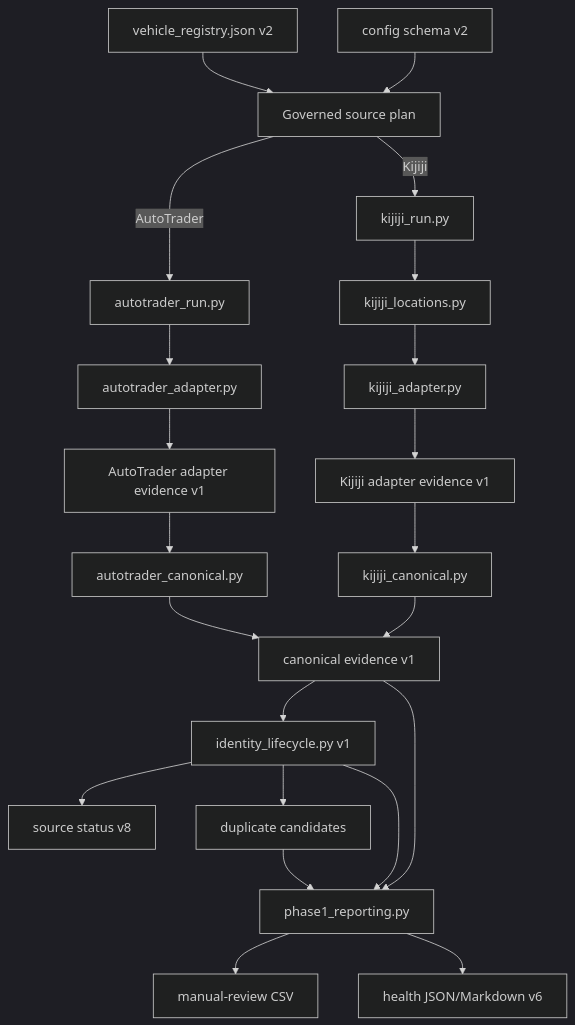
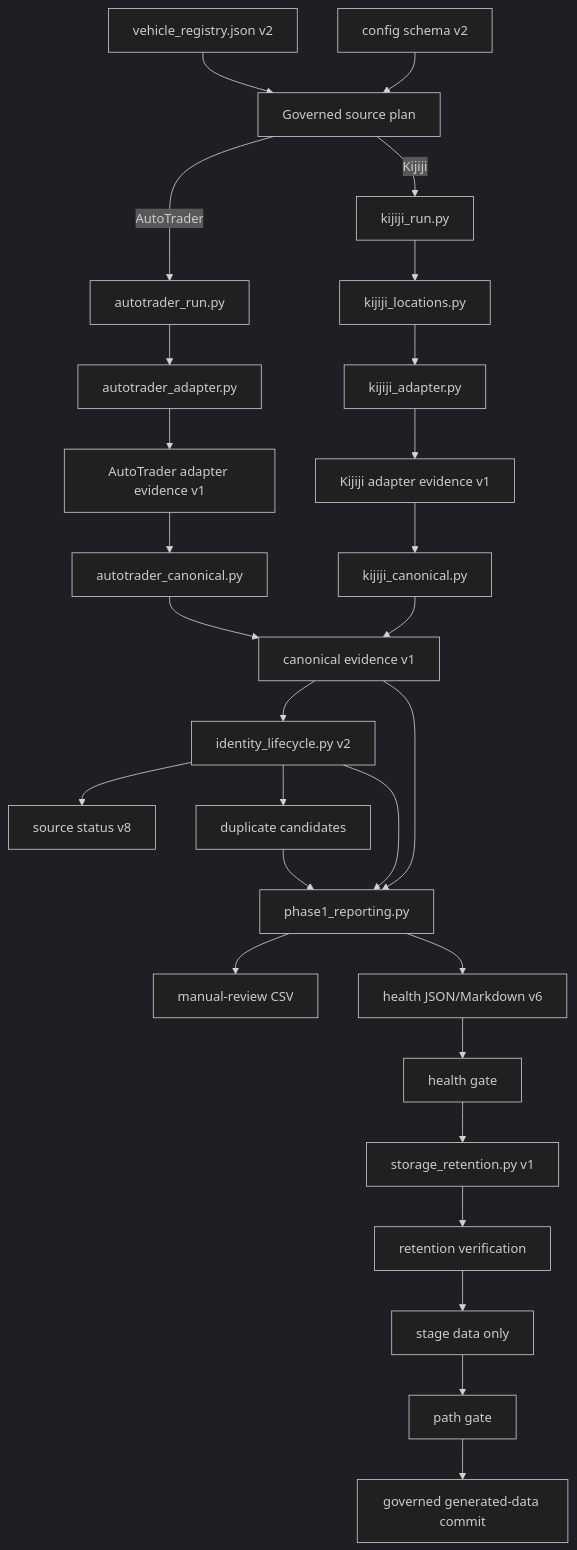
The diagram in docs/ARCHITECTURE_AND_DATA_FLOW.md (Stryker-maker/vehicle_scraper), drawn with Mermaid (dark theme) before and after one commit. The commit also changed other lines of this file, not shown here.

Commit message:
Add bounded retention to architecture

````diff
--- a/docs/ARCHITECTURE_AND_DATA_FLOW.md
+++ b/docs/ARCHITECTURE_AND_DATA_FLOW.md
@@ -110,27 +141,33 @@
 ```mermaid
 flowchart TD
     R[vehicle_registry.json v2] --> P[Governed source plan]
     C[config schema v2] --> P
 
     P -->|AutoTrader| AR[autotrader_run.py]
     AR --> AA[autotrader_adapter.py]
     AA --> AE[AutoTrader adapter evidence v1]
     AE --> AC[autotrader_canonical.py]
 
     P -->|Kijiji| KR[kijiji_run.py]
     KR --> KL[kijiji_locations.py]
     KL --> KA[kijiji_adapter.py]
     KA --> KE[Kijiji adapter evidence v1]
     KE --> KC[kijiji_canonical.py]
 
     AC --> CE[canonical evidence v1]
     KC --> CE
-    CE --> IL[identity_lifecycle.py v1]
+    CE --> IL[identity_lifecycle.py v2]
     IL --> IS[source status v8]
     IL --> DC[duplicate candidates]
     CE --> MR[phase1_reporting.py]
     IL --> MR
     DC --> MR
     MR --> CSV[manual-review CSV]
     MR --> H[health JSON/Markdown v6]
+    H --> HG[health gate]
+    HG --> SR[storage_retention.py v1]
+    SR --> RV[retention verification]
+    RV --> SD[stage data only]
+    SD --> PG[path gate]
+    PG --> GC[governed generated-data commit]
 ```
````
